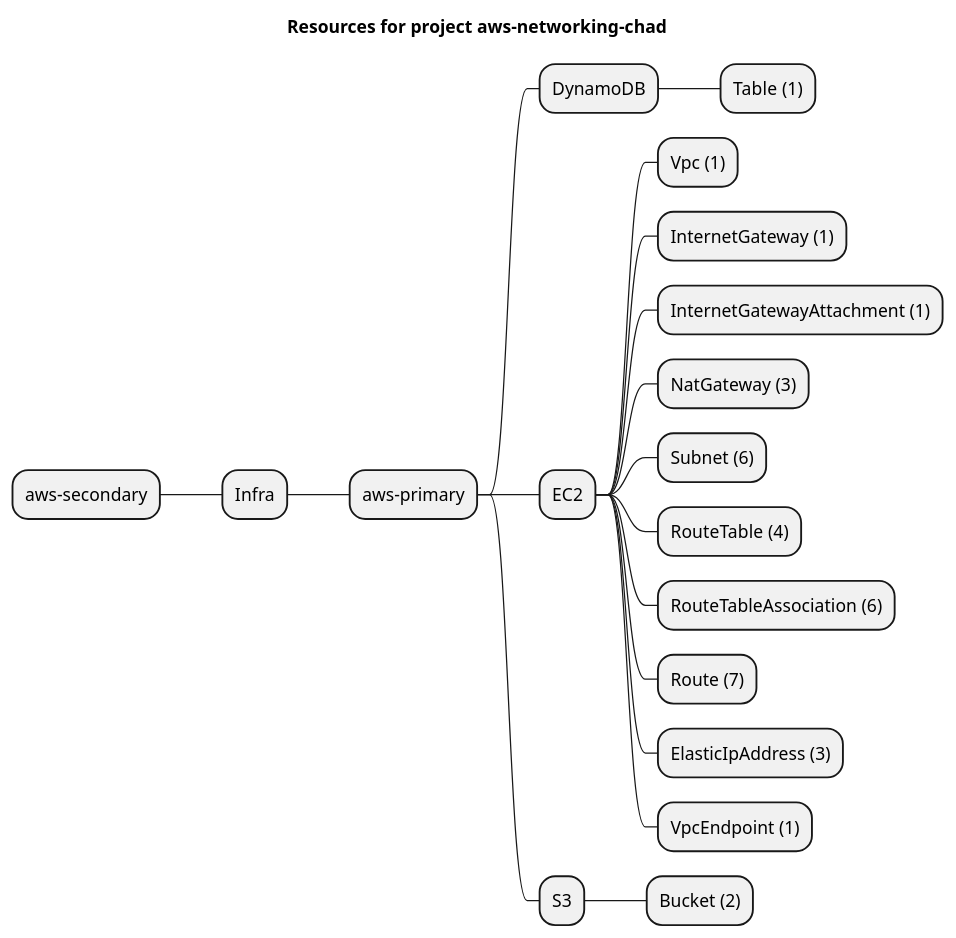
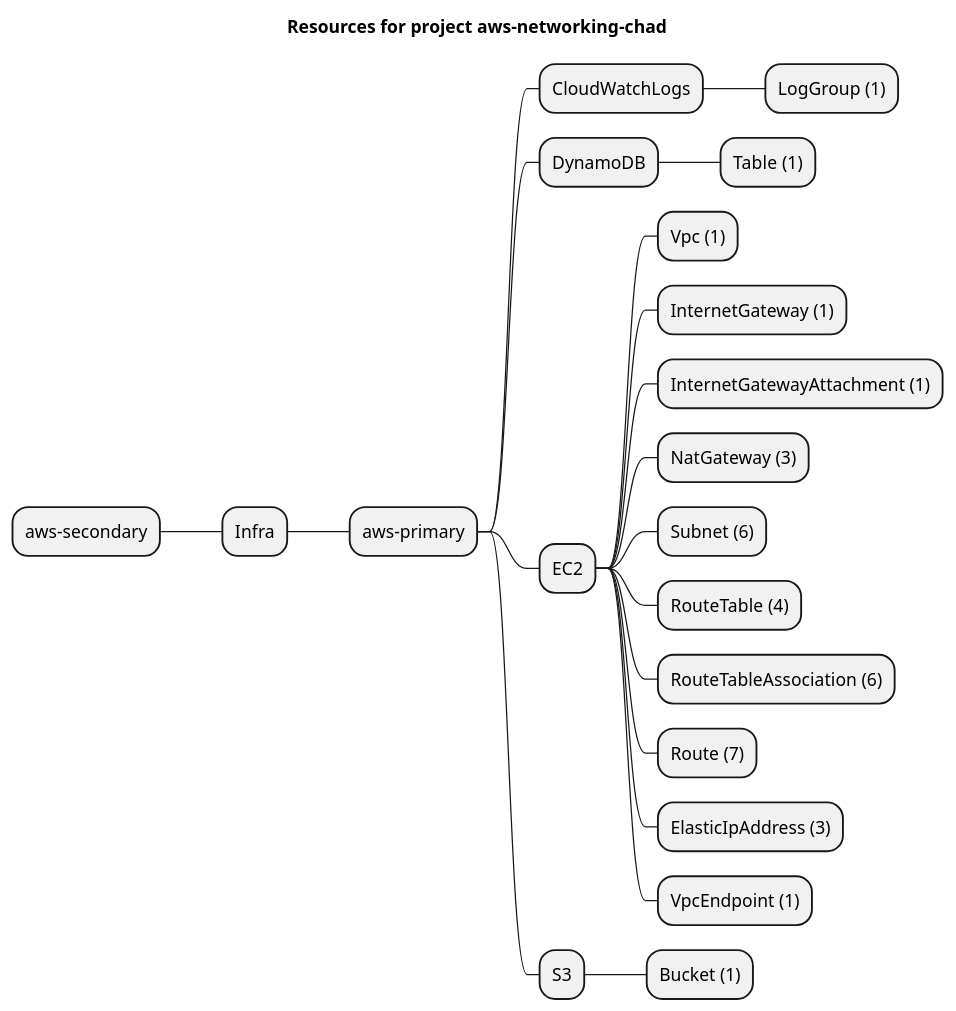
The diagram in examples/aws/EC2/aws-networking-chad/artifacts/resources-mindmap.puml (grucloud/grucloud), drawn with PlantUML before and after one commit. The commit also changed 47 other files, not shown here.

```diff
--- a/examples/aws/EC2/aws-networking-chad/artifacts/resources-mindmap.puml
+++ b/examples/aws/EC2/aws-networking-chad/artifacts/resources-mindmap.puml
@@ -1,23 +1,25 @@
 @startmindmap
 title Resources for project aws-networking-chad
 skinparam monochrome true
 + Infra
 ++ aws-primary
++++ CloudWatchLogs
+++++ LogGroup (1)
 +++ DynamoDB
 ++++ Table (1)
 +++ EC2
 ++++ Vpc (1)
 ++++ InternetGateway (1)
 ++++ InternetGatewayAttachment (1)
 ++++ NatGateway (3)
 ++++ Subnet (6)
 ++++ RouteTable (4)
 ++++ RouteTableAssociation (6)
 ++++ Route (7)
 ++++ ElasticIpAddress (3)
 ++++ VpcEndpoint (1)
 +++ S3
-++++ Bucket (2)
+++++ Bucket (1)
 -- aws-secondary
 
 @endmindmap
```
